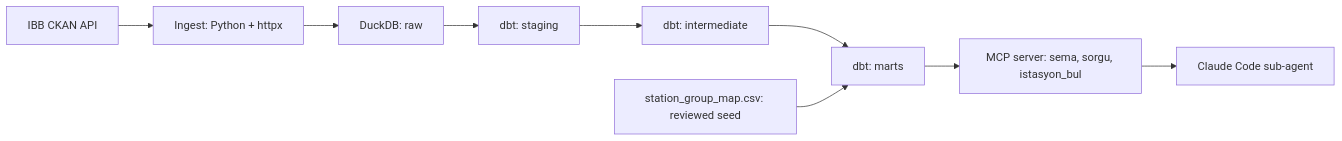
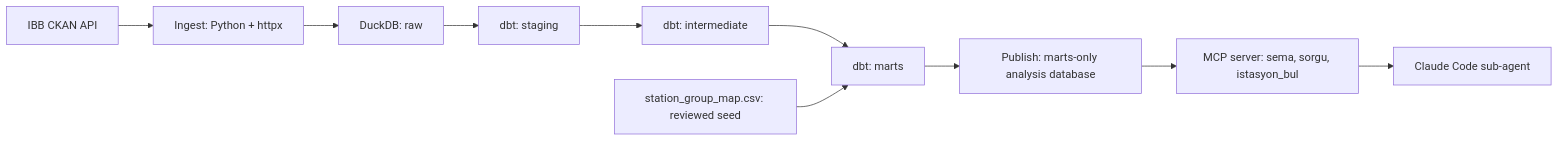
The diagram in README.md (yalcin-ciftci/istanbul-rail-ridership), drawn with Mermaid before and after one commit. The commit also changed other lines of this file and 15 other files, not shown here.

First line of the commit message:
Analysis copy, metric contract and other MCP clients

````diff
--- a/README.md
+++ b/README.md
@@ -23,11 +23,12 @@
 ```mermaid
 flowchart LR
     API["IBB CKAN API"] --> Ingest["Ingest: Python + httpx"]
     Ingest --> Raw["DuckDB: raw"]
     Raw --> Staging["dbt: staging"]
     Staging --> Intermediate["dbt: intermediate"]
     Intermediate --> Marts["dbt: marts"]
     Seed["station_group_map.csv: reviewed seed"] --> Marts
-    Marts --> MCP["MCP server: sema, sorgu, istasyon_bul"]
+    Marts --> Publish["Publish: marts-only analysis database"]
+    Publish --> MCP["MCP server: sema, sorgu, istasyon_bul"]
     MCP --> Agent["Claude Code sub-agent"]
 ```
````
